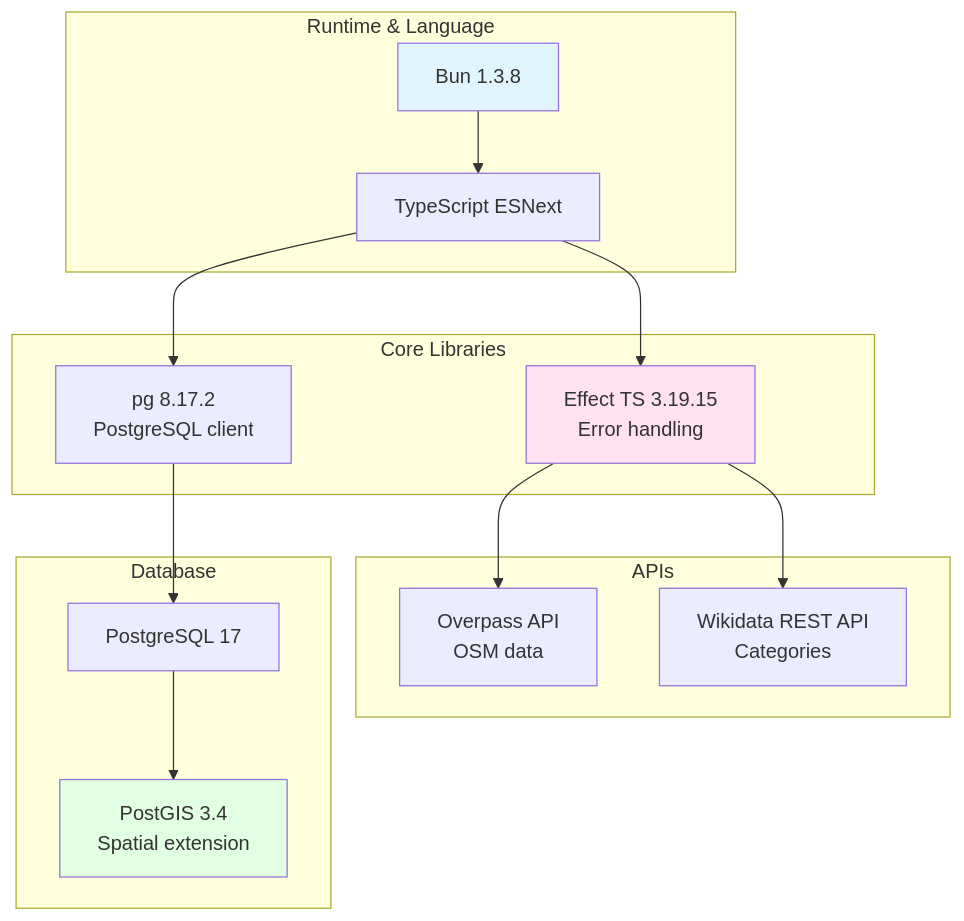
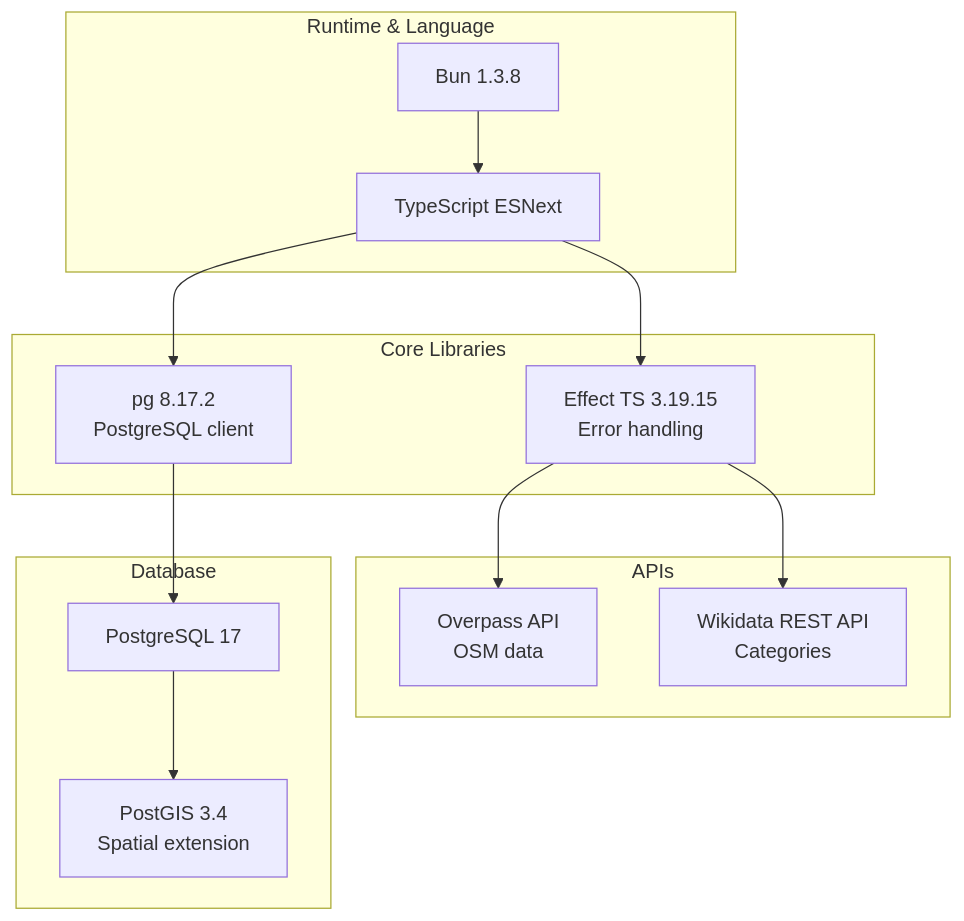
One commit to DaxServer/geocode-commons-categories changed diagram 12 of 12 in docs/import/architecture.md. Above: the diagram before and after it, drawn with Mermaid. The commit also changed other lines of this file and 5 other files, not shown here.

````diff
--- a/docs/import/architecture.md
+++ b/docs/import/architecture.md
@@ -444,36 +422,33 @@
 ```mermaid
 graph TB
     subgraph "Runtime & Language"
         BUN[Bun 1.3.8]
         TS[TypeScript ESNext]
     end
 
     subgraph "Core Libraries"
         EFFECT[Effect TS 3.19.15<br/>Error handling]
         PG[pg 8.17.2<br/>PostgreSQL client]
     end
 
     subgraph "APIs"
         OVERPASS_API[Overpass API<br/>OSM data]
         WIKIDATA_API[Wikidata REST API<br/>Categories]
     end
 
     subgraph "Database"
         POSTGRES_DB[PostgreSQL 17]
         POSTGIS[PostGIS 3.4<br/>Spatial extension]
     end
 
     BUN --> TS
     TS --> EFFECT
     TS --> PG
 
     EFFECT --> OVERPASS_API
     EFFECT --> WIKIDATA_API
 
     PG --> POSTGRES_DB
     POSTGRES_DB --> POSTGIS
 
-    style BUN fill:#e1f5ff
-    style EFFECT fill:#ffe1f0
-    style POSTGIS fill:#e1ffe1
 ```
````
